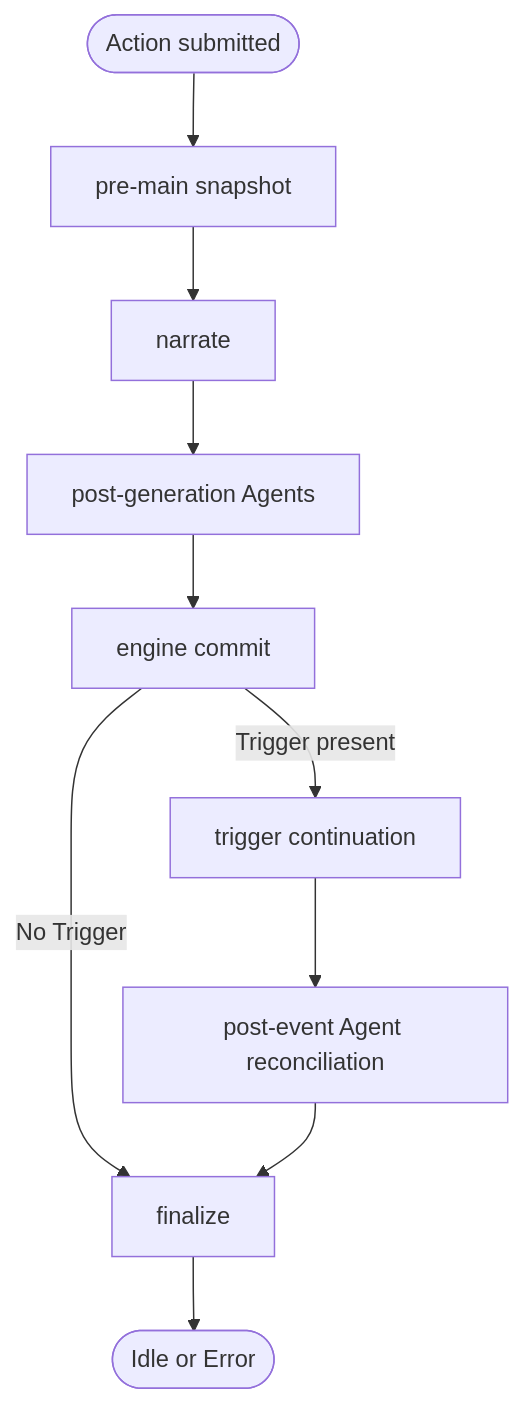
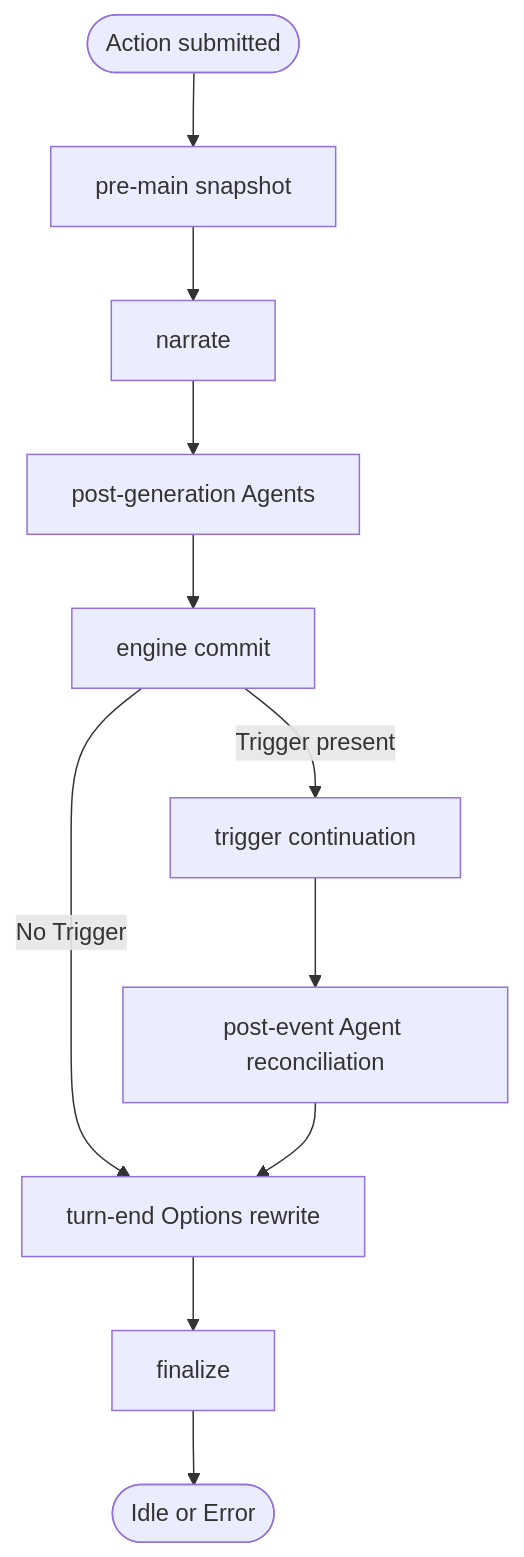
Before and after one commit to notsonormal/chronicler-engine: the diagram in docs/diataxis/reference/game_flow.md, drawn with Mermaid. The commit also changed other lines of this file and 17 other files, not shown here.

````diff
--- a/docs/diataxis/reference/game_flow.md
+++ b/docs/diataxis/reference/game_flow.md
@@ -47,12 +18,13 @@
 ```mermaid
 flowchart TD
     Start([Action submitted]) --> Pre[pre-main snapshot]
     Pre --> Narrate[narrate]
     Narrate --> PostGen[post-generation Agents]
     PostGen --> Commit[engine commit]
     Commit -->|Trigger present| Trigger[trigger continuation]
-    Commit -->|No Trigger| Finalize[finalize]
+    Commit -->|No Trigger| Options[turn-end Options rewrite]
     Trigger --> Reconcile[post-event Agent reconciliation]
-    Reconcile --> Finalize
+    Reconcile --> Options
+    Options --> Finalize[finalize]
     Finalize --> End([Idle or Error])
 ```
````
